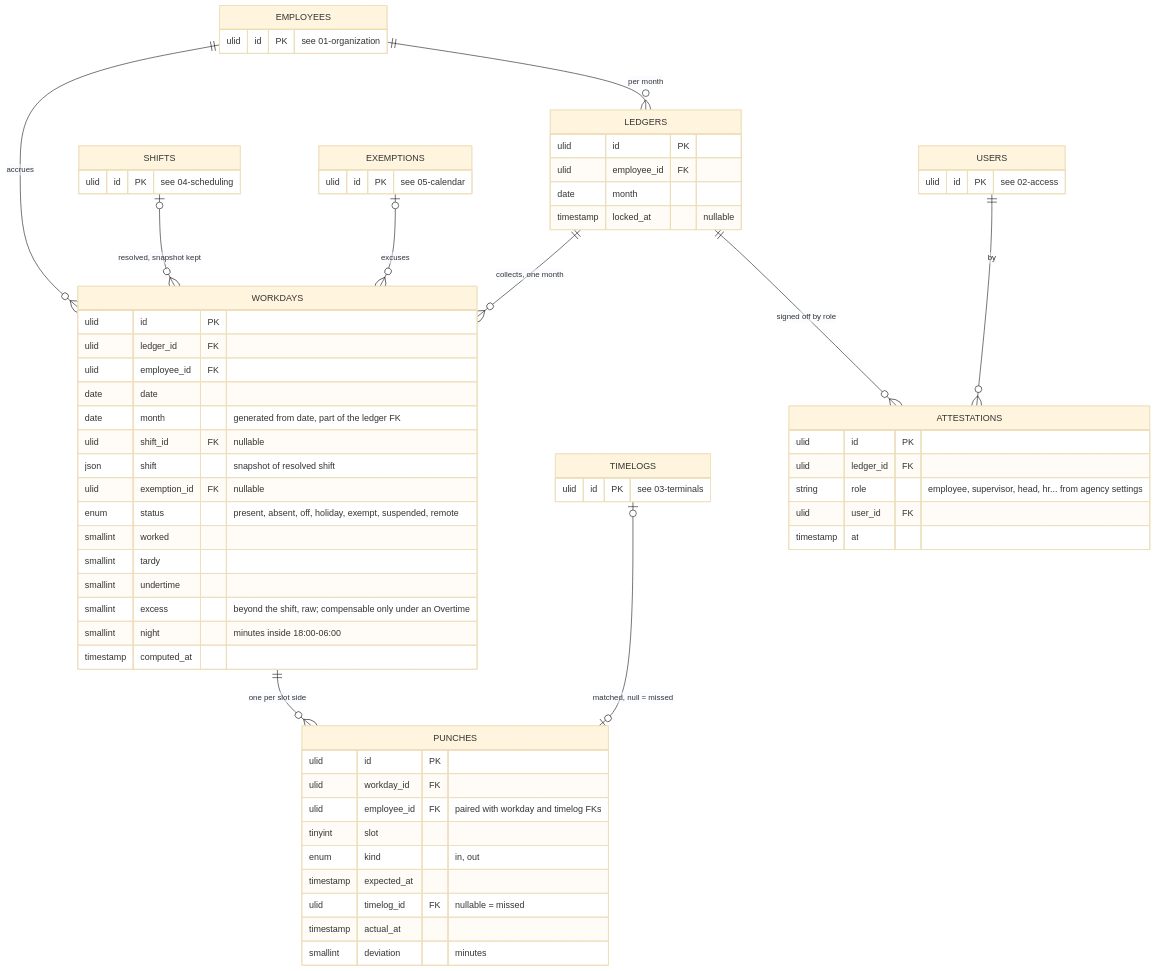
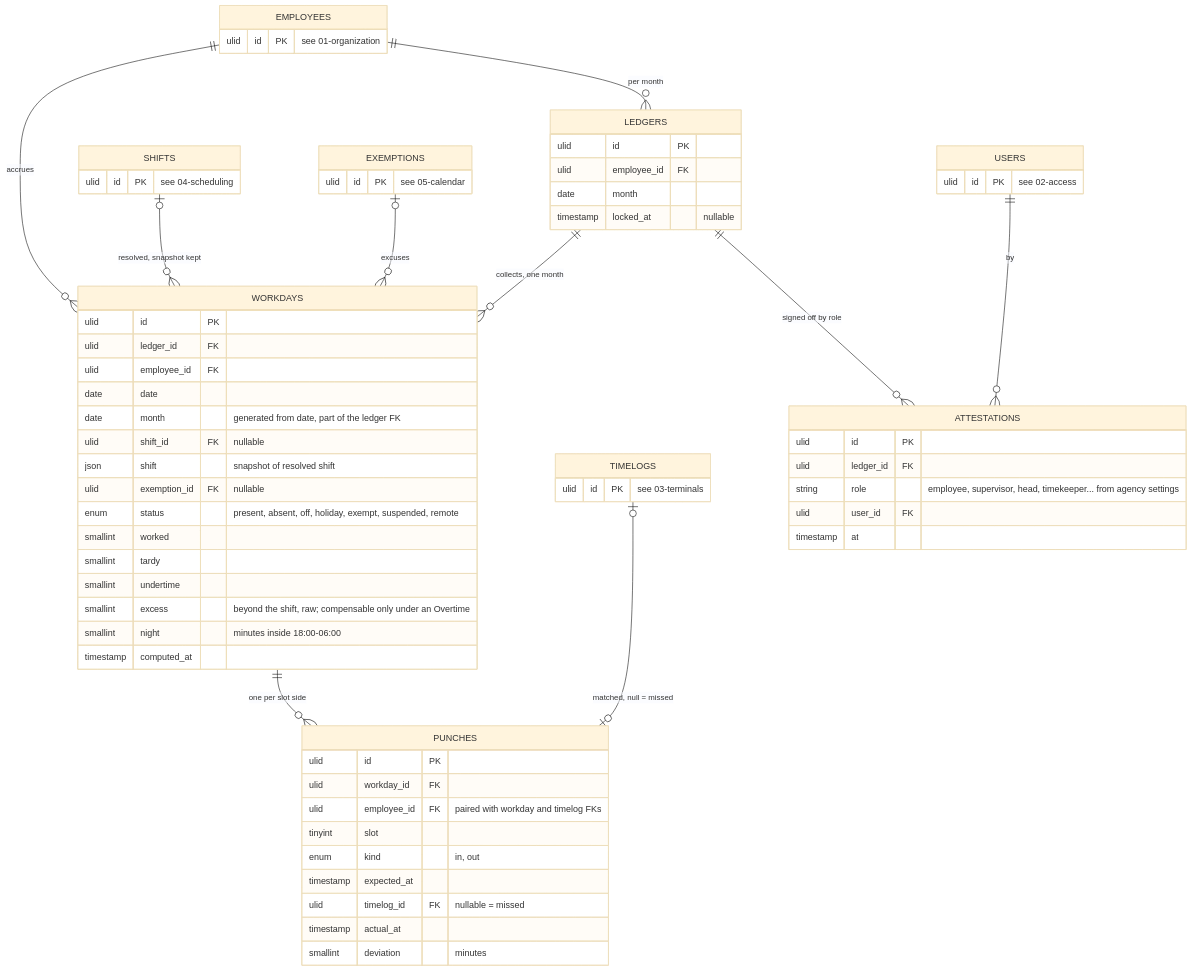
Before and after one commit to joowdx/khronoz: the diagram in docs/design/06-attendance.md, drawn with Mermaid (base theme). The commit also changed 1 other file, not shown here.

Commit message:
fix: update legacy hr vocabulary to timekeeper in specs
- Update ATTESTATIONS role list in attendance ERD from 'hr' to 'timekeeper'
- Remove Groups from Organization nav group (Milestone 2) in sidebar comment

````diff
--- a/docs/design/06-attendance.md
+++ b/docs/design/06-attendance.md
@@ -3,69 +3,69 @@
 ```mermaid
 erDiagram
     EMPLOYEES  ||--o{ WORKDAYS : "accrues"
     SHIFTS     |o--o{ WORKDAYS : "resolved, snapshot kept"
     EXEMPTIONS |o--o{ WORKDAYS : "excuses"
     WORKDAYS   ||--o{ PUNCHES  : "one per slot side"
     TIMELOGS   |o--o| PUNCHES  : "matched, null = missed"
     EMPLOYEES  ||--o{ LEDGERS  : "per month"
     LEDGERS    ||--o{ WORKDAYS : "collects, one month"
     LEDGERS    ||--o{ ATTESTATIONS : "signed off by role"
     USERS      ||--o{ ATTESTATIONS : "by"
 
     WORKDAYS {
         ulid id PK
         ulid ledger_id FK
         ulid employee_id FK
         date date
         date month "generated from date, part of the ledger FK"
         ulid shift_id FK "nullable"
         json shift "snapshot of resolved shift"
         ulid exemption_id FK "nullable"
         enum status "present, absent, off, holiday, exempt, suspended, remote"
         smallint worked
         smallint tardy
         smallint undertime
         smallint excess "beyond the shift, raw; compensable only under an Overtime"
         smallint night "minutes inside 18:00-06:00"
         timestamp computed_at
     }
     PUNCHES {
         ulid id PK
         ulid workday_id FK
         ulid employee_id FK "paired with workday and timelog FKs"
         tinyint slot
         enum kind "in, out"
         timestamp expected_at
         ulid timelog_id FK "nullable = missed"
         timestamp actual_at
         smallint deviation "minutes"
     }
     LEDGERS {
         ulid id PK
         ulid employee_id FK
         date month
         timestamp locked_at "nullable"
     }
     ATTESTATIONS {
         ulid id PK
         ulid ledger_id FK
-        string role "employee, supervisor, head, hr... from agency settings"
+        string role "employee, supervisor, head, timekeeper... from agency settings"
         ulid user_id FK
         timestamp at
     }
     USERS {
         ulid id PK "see 02-access"
     }
     EMPLOYEES {
         ulid id PK "see 01-organization"
     }
     SHIFTS {
         ulid id PK "see 04-scheduling"
     }
     EXEMPTIONS {
         ulid id PK "see 05-calendar"
     }
     TIMELOGS {
         ulid id PK "see 03-terminals"
     }
 ```
````
